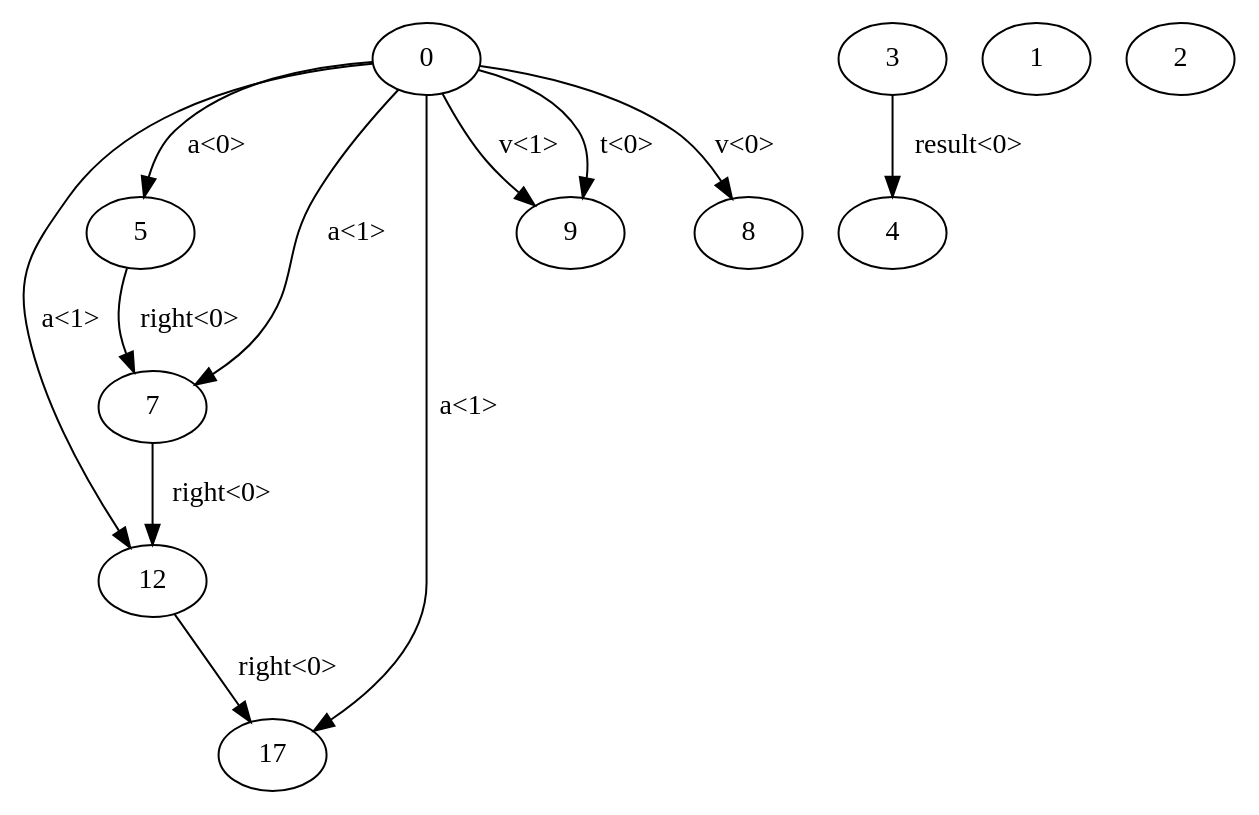
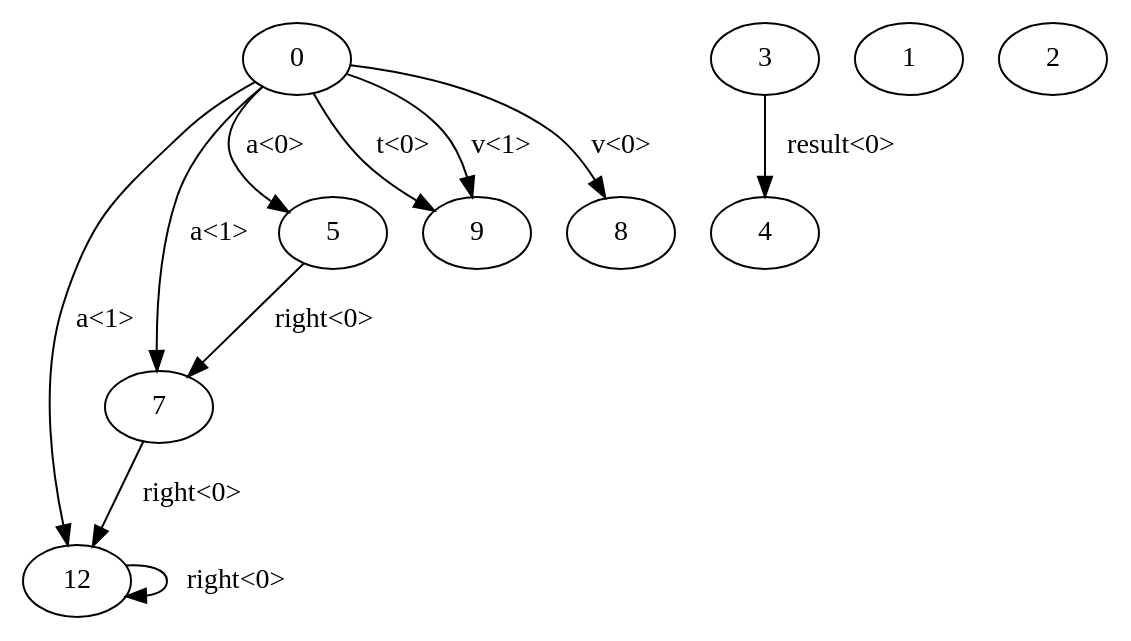
The diagram in AliasingImpl/source/test.dot (varivera/aliasing-java), drawn with Graphviz before and after one commit. The commit also changed 2 other files, not shown here.

```diff
--- a/AliasingImpl/source/test.dot
+++ b/AliasingImpl/source/test.dot
@@ -1,24 +1,22 @@
 digraph G {
-n12->n17 [label="right<0>"]
+n12->n12 [label="right<0>"]
 n7->n12 [label="right<0>"]
 n5->n7 [label="right<0>"]
 n0->n9 [label="t<0>"]
 n0->n9 [label="v<1>"]
 n0->n8 [label="v<0>"]
 n0->n12 [label="a<1>"]
 n0->n7 [label="a<1>"]
-n0->n17 [label="a<1>"]
 n0->n5 [label="a<0>"]
 n0[label="0"]
-n17[label="17"]
 n5[label="5"]
 n7[label="7"]
 n8[label="8"]
 n9[label="9"]
 n12[label="12"]
 n3->n4 [label="result<0>"]
 n3[label="3"]
 n4[label="4"]
 n1[label="1"]
 n2[label="2"]
 }
```
